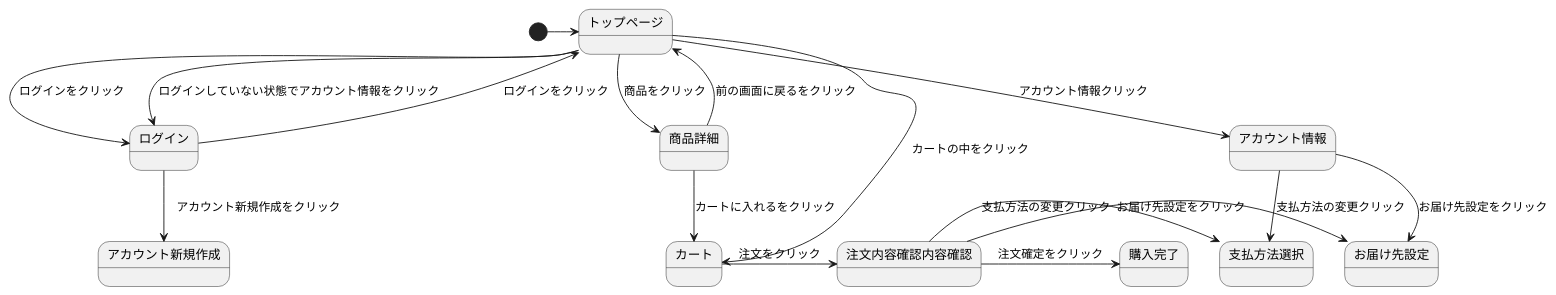
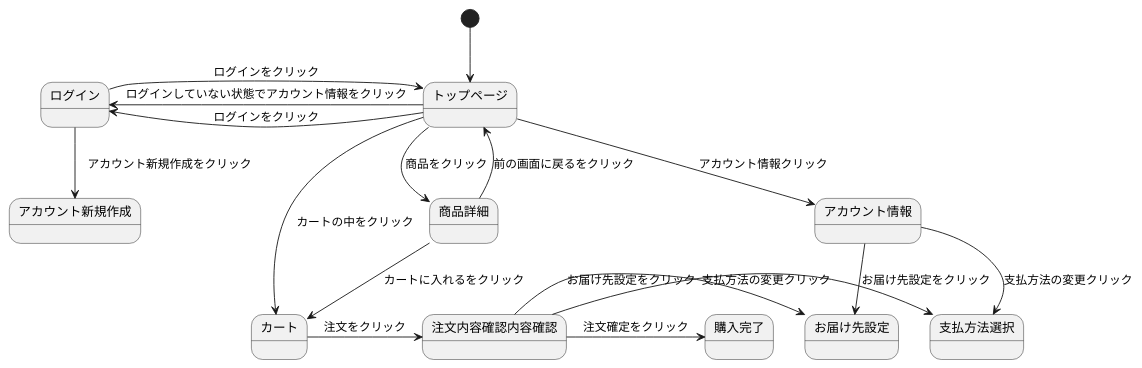
One commit to Aso2001133/2021sys-design changed the diagram in sumple_01.md. Above: the diagram before and after it, drawn with PlantUML.

````diff
--- a/sumple_01.md
+++ b/sumple_01.md
@@ -1,35 +1,35 @@
 ```uml
 @startuml
-[*] -> トップページ 
+[*] --> トップページ 
 
-トップページ --> アカウント情報 : アカウント情報クリック 
+トップページ -> アカウント情報 : アカウント情報クリック 
 
-トップページ --> ログイン : ログインをクリック
+トップページ -left-> ログイン : ログインをクリック
 
-トップページ --> ログイン : ログインしていない状態でアカウント情報をクリック
+トップページ -left-> ログイン : ログインしていない状態でアカウント情報をクリック
 
-トップページ -> 商品詳細 : 商品をクリック 
+トップページ --> 商品詳細 : 商品をクリック 
 
-トップページ -> カート : カートの中をクリック 
+トップページ --> カート : カートの中をクリック 
 
 ログイン -> トップページ : ログインをクリック
 
 ログイン --> アカウント新規作成 :　アカウント新規作成をクリック
 
 アカウント情報 --> お届け先設定 : お届け先設定をクリック 
 
 アカウント情報 --> 支払方法選択 : 支払方法の変更クリック
 
 商品詳細 --> カート : カートに入れるをクリック 
 
 商品詳細 --> トップページ : 前の画面に戻るをクリック 
 
 カート -> 注文内容確認内容確認 : 注文をクリック 
 
 注文内容確認内容確認 -> お届け先設定 : お届け先設定をクリック 
 
 注文内容確認内容確認 -> 支払方法選択 : 支払方法の変更クリック
 
 注文内容確認内容確認 -> 購入完了 : 注文確定をクリック 
 @enduml
 ```
````
